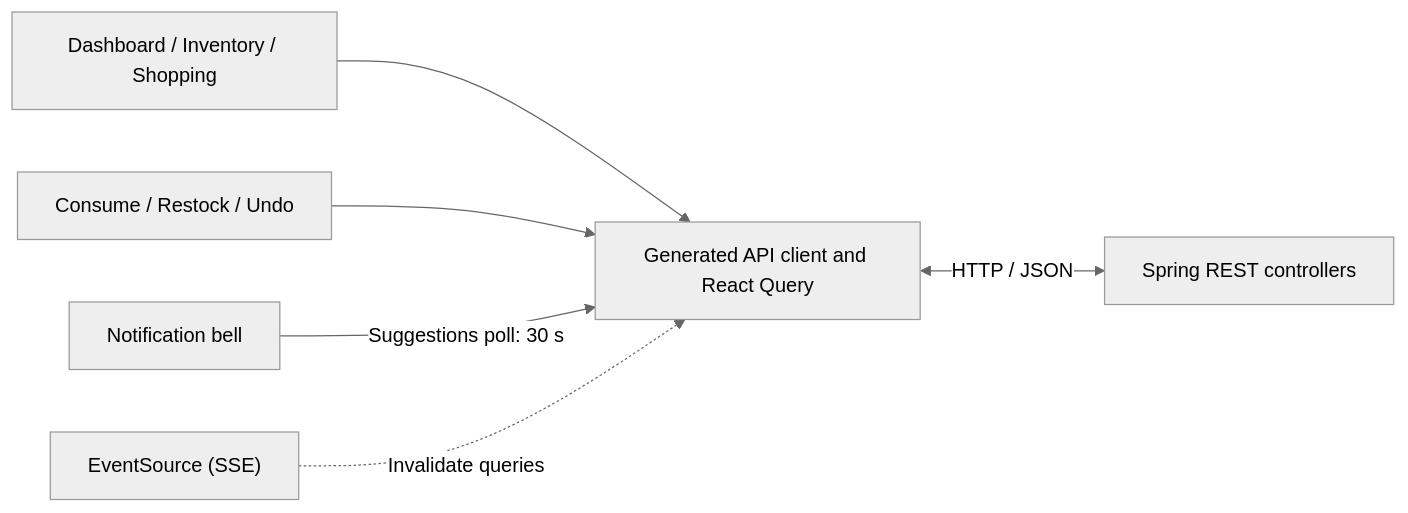
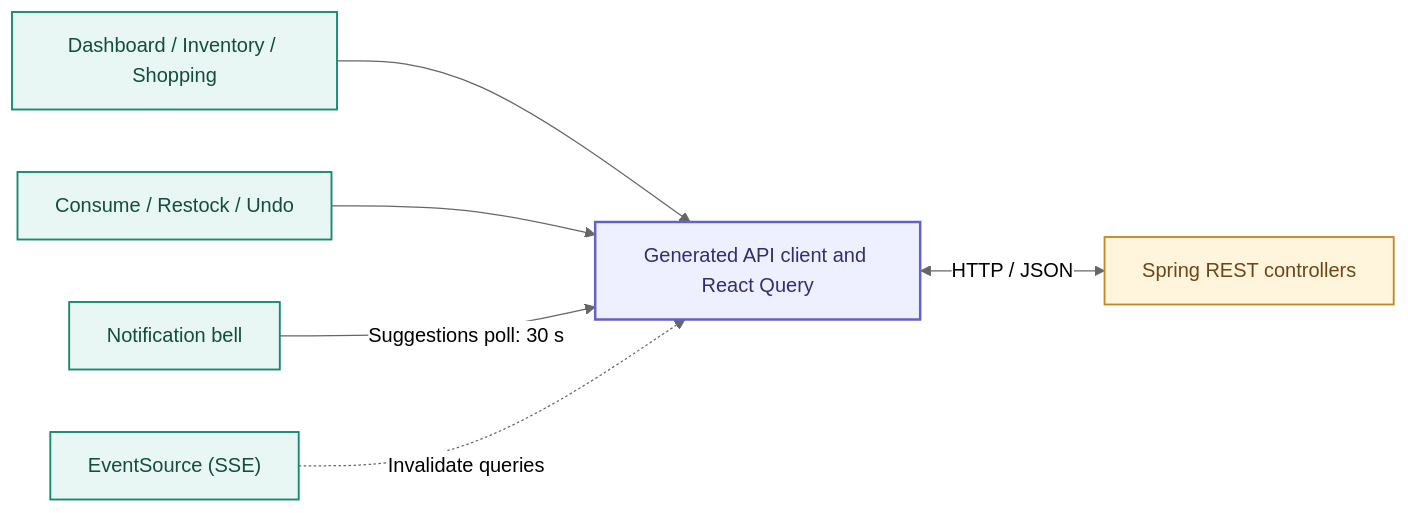
Before and after one commit to chankiahuja/pantry-pal: the second of 7 diagrams in docs/ARCHITECTURE.md, drawn with Mermaid (neutral theme). The commit also changed other lines of this file, not shown here.

Commit message:
docs: visually style architecture diagrams with consistent Mermaid palette and sequence numbering

````diff
--- a/docs/ARCHITECTURE.md
+++ b/docs/ARCHITECTURE.md
@@ -28,8 +39,15 @@
 ```mermaid
 flowchart LR
     Screens["Dashboard / Inventory / Shopping"] --> Cache["Generated API client and React Query"]
     Dialogs["Consume / Restock / Undo"] --> Cache
     Bell["Notification bell"] -->|"Suggestions poll: 30 s"| Cache
     Stream["EventSource (SSE)"] -.->|"Invalidate queries"| Cache
     Cache <-->|"HTTP / JSON"| API["Spring REST controllers"]
+
+    classDef ui fill:#E8F7F3,stroke:#138A72,color:#124D41,stroke-width:1.5px
+    classDef cache fill:#EEF0FF,stroke:#6661C5,color:#332E72,stroke-width:2px
+    classDef service fill:#FFF4DC,stroke:#C68A25,color:#6D4615,stroke-width:1.5px
+    class Screens,Dialogs,Bell,Stream ui
+    class Cache cache
+    class API service
 ```
````
